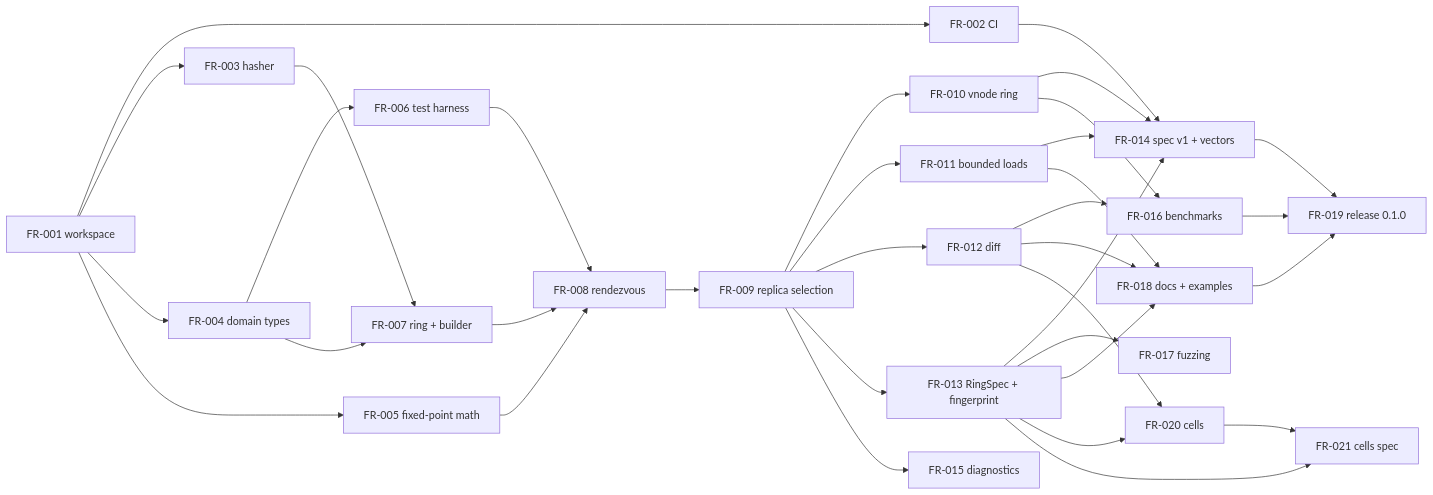
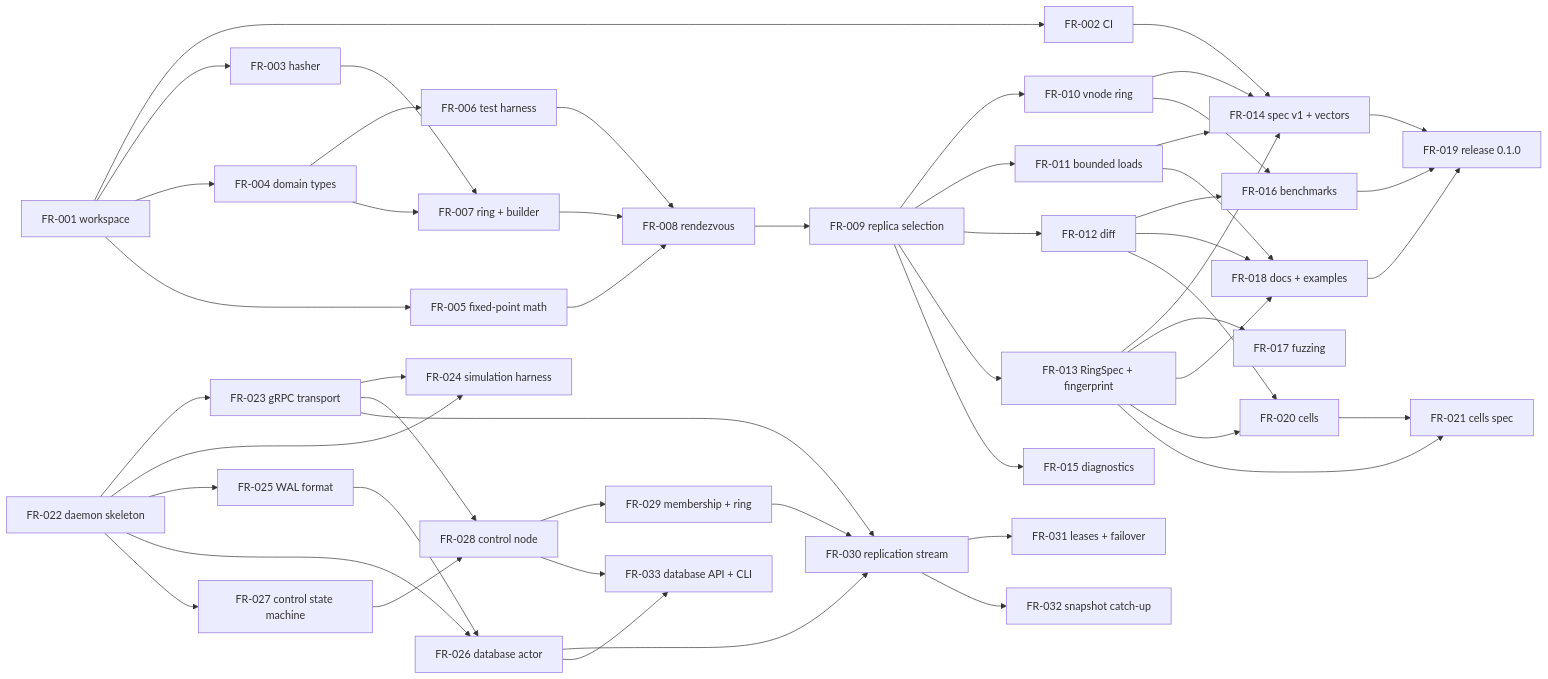
The diagram in docs/tickets/README.md (fleetring/fleetring), drawn with Mermaid before and after one commit. The commit also changed other lines of this file and 19 other files, not shown here.

````diff
--- a/docs/tickets/README.md
+++ b/docs/tickets/README.md
@@ -66,36 +80,53 @@
 ```mermaid
 flowchart LR
   FR001[FR-001 workspace] --> FR002[FR-002 CI]
   FR001 --> FR003[FR-003 hasher]
   FR001 --> FR004[FR-004 domain types]
   FR001 --> FR005[FR-005 fixed-point math]
   FR004 --> FR006[FR-006 test harness]
   FR003 --> FR007[FR-007 ring + builder]
   FR004 --> FR007
   FR005 --> FR008[FR-008 rendezvous]
   FR006 --> FR008
   FR007 --> FR008
   FR008 --> FR009[FR-009 replica selection]
   FR009 --> FR010[FR-010 vnode ring]
   FR009 --> FR011[FR-011 bounded loads]
   FR009 --> FR012[FR-012 diff]
   FR009 --> FR013[FR-013 RingSpec + fingerprint]
   FR009 --> FR015[FR-015 diagnostics]
   FR002 --> FR014[FR-014 spec v1 + vectors]
   FR010 --> FR014
   FR011 --> FR014
   FR013 --> FR014
   FR010 --> FR016[FR-016 benchmarks]
   FR012 --> FR016
   FR013 --> FR017[FR-017 fuzzing]
   FR011 --> FR018[FR-018 docs + examples]
   FR012 --> FR018
   FR013 --> FR018
   FR014 --> FR019[FR-019 release 0.1.0]
   FR016 --> FR019
   FR018 --> FR019
   FR012 --> FR020[FR-020 cells]
   FR013 --> FR020
   FR013 --> FR021[FR-021 cells spec]
   FR020 --> FR021
+  FR022[FR-022 daemon skeleton] --> FR023[FR-023 gRPC transport]
+  FR022 --> FR024[FR-024 simulation harness]
+  FR023 --> FR024
+  FR022 --> FR025[FR-025 WAL format]
+  FR022 --> FR026[FR-026 database actor]
+  FR025 --> FR026
+  FR022 --> FR027[FR-027 control state machine]
+  FR023 --> FR028[FR-028 control node]
+  FR027 --> FR028
+  FR028 --> FR029[FR-029 membership + ring]
+  FR023 --> FR030[FR-030 replication stream]
+  FR026 --> FR030
+  FR029 --> FR030
+  FR030 --> FR031[FR-031 leases + failover]
+  FR030 --> FR032[FR-032 snapshot catch-up]
+  FR026 --> FR033[FR-033 database API + CLI]
+  FR028 --> FR033
 ```
````
